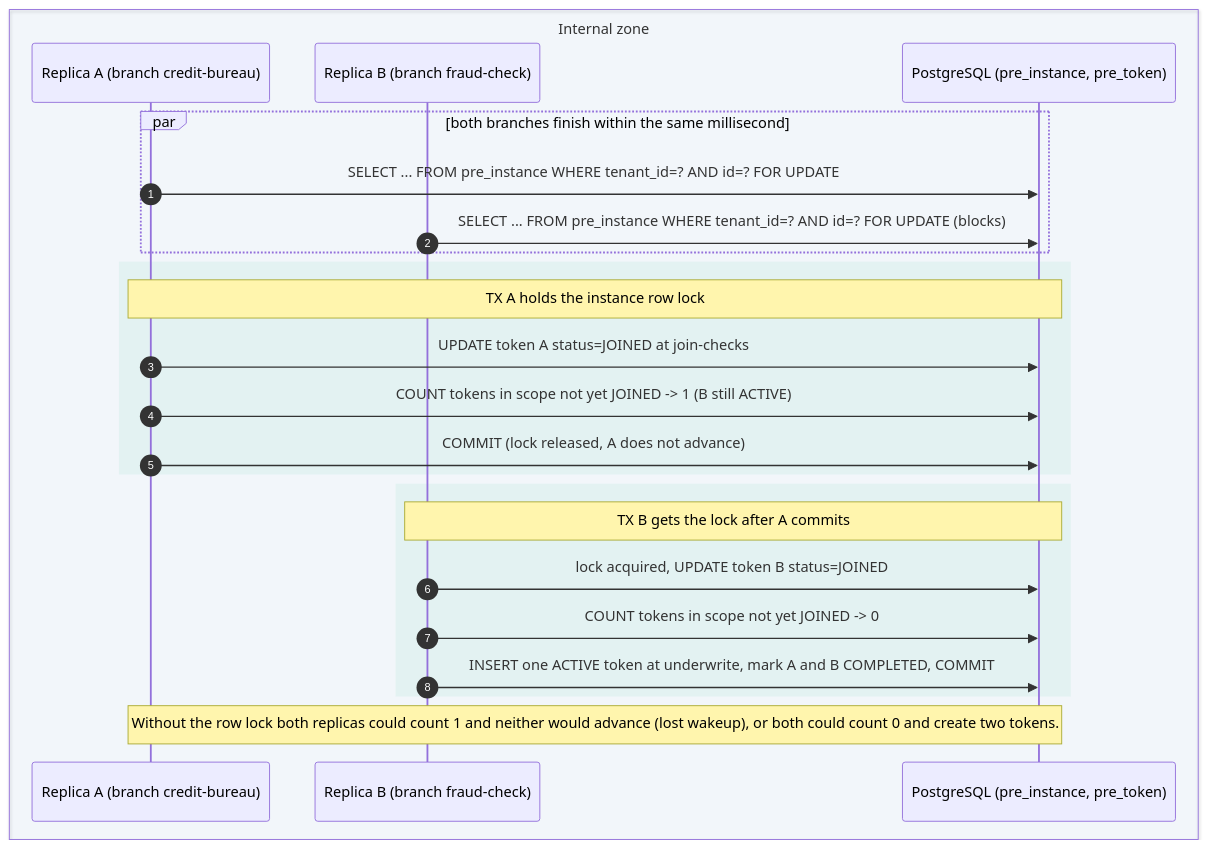
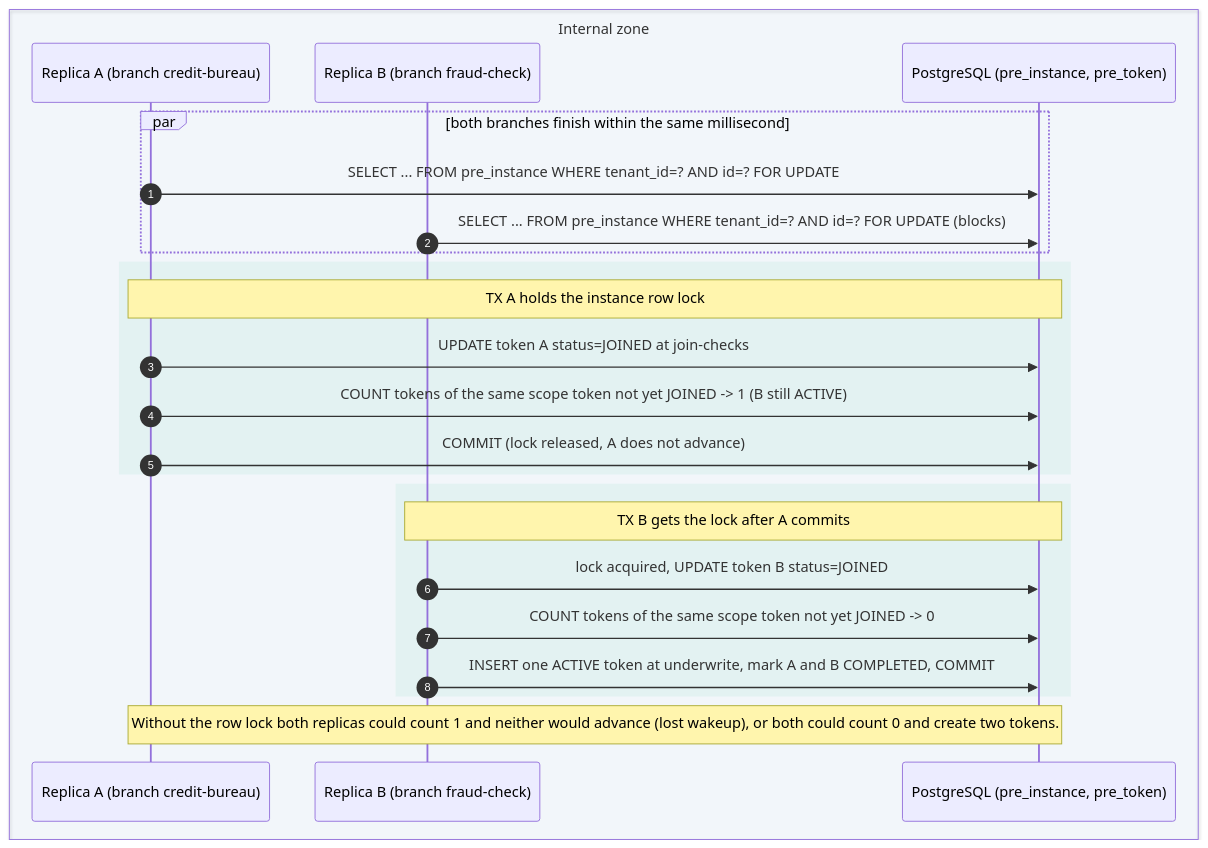
The diagram in wiki/diagrams/parallel-join.mmd (dhluong90/horus-Agentic-BPM), drawn with Mermaid before and after one commit. The commit also changed 47 other files, not shown here.

```diff
--- a/wiki/diagrams/parallel-join.mmd
+++ b/wiki/diagrams/parallel-join.mmd
@@ -1,25 +1,25 @@
 sequenceDiagram
   autonumber
   box rgba(21,101,192,0.04) Internal zone
     participant A as Replica A (branch credit-bureau)
     participant B as Replica B (branch fraud-check)
     participant DB as PostgreSQL (pre_instance, pre_token)
   end
 
   par both branches finish within the same millisecond
     A->>DB: SELECT ... FROM pre_instance WHERE tenant_id=? AND id=? FOR UPDATE
     B->>DB: SELECT ... FROM pre_instance WHERE tenant_id=? AND id=? FOR UPDATE (blocks)
   end
   rect rgba(224,242,241,0.8)
     Note over A,DB: TX A holds the instance row lock
     A->>DB: UPDATE token A status=JOINED at join-checks
-    A->>DB: COUNT tokens in scope not yet JOINED -> 1 (B still ACTIVE)
+    A->>DB: COUNT tokens of the same scope token not yet JOINED -> 1 (B still ACTIVE)
     A->>DB: COMMIT (lock released, A does not advance)
   end
   rect rgba(224,242,241,0.8)
     Note over B,DB: TX B gets the lock after A commits
     B->>DB: lock acquired, UPDATE token B status=JOINED
-    B->>DB: COUNT tokens in scope not yet JOINED -> 0
+    B->>DB: COUNT tokens of the same scope token not yet JOINED -> 0
     B->>DB: INSERT one ACTIVE token at underwrite, mark A and B COMPLETED, COMMIT
   end
   Note over A,DB: Without the row lock both replicas could count 1 and neither would advance (lost wakeup), or both could count 0 and create two tokens.
```
